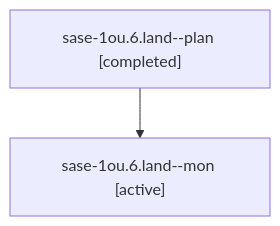
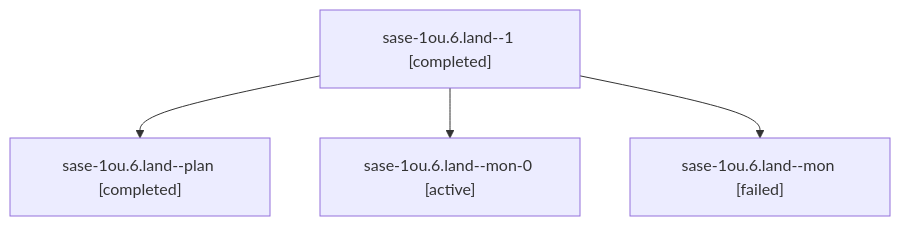
Before and after one commit to sase-org/sase--agents: the diagram in sessions/bbugyi200.athena.sase-1ou.6.land.md, drawn with Mermaid. The commit also changed other lines of this file and 79 other files, not shown here.

````diff
--- a/sessions/bbugyi200.athena.sase-1ou.6.land.md
+++ b/sessions/bbugyi200.athena.sase-1ou.6.land.md
@@ -9,6 +9,10 @@
 ```mermaid
 flowchart TD
-  n0["sase-1ou.6.land--plan [completed]"]
-  n1["sase-1ou.6.land--mon [active]"]
+  n0["sase-1ou.6.land--1 [completed]"]
+  n1["sase-1ou.6.land--plan [completed]"]
   n0 --> n1
+  n2["sase-1ou.6.land--mon-0 [active]"]
+  n0 --> n2
+  n3["sase-1ou.6.land--mon [failed]"]
+  n0 --> n3
 ```
````
